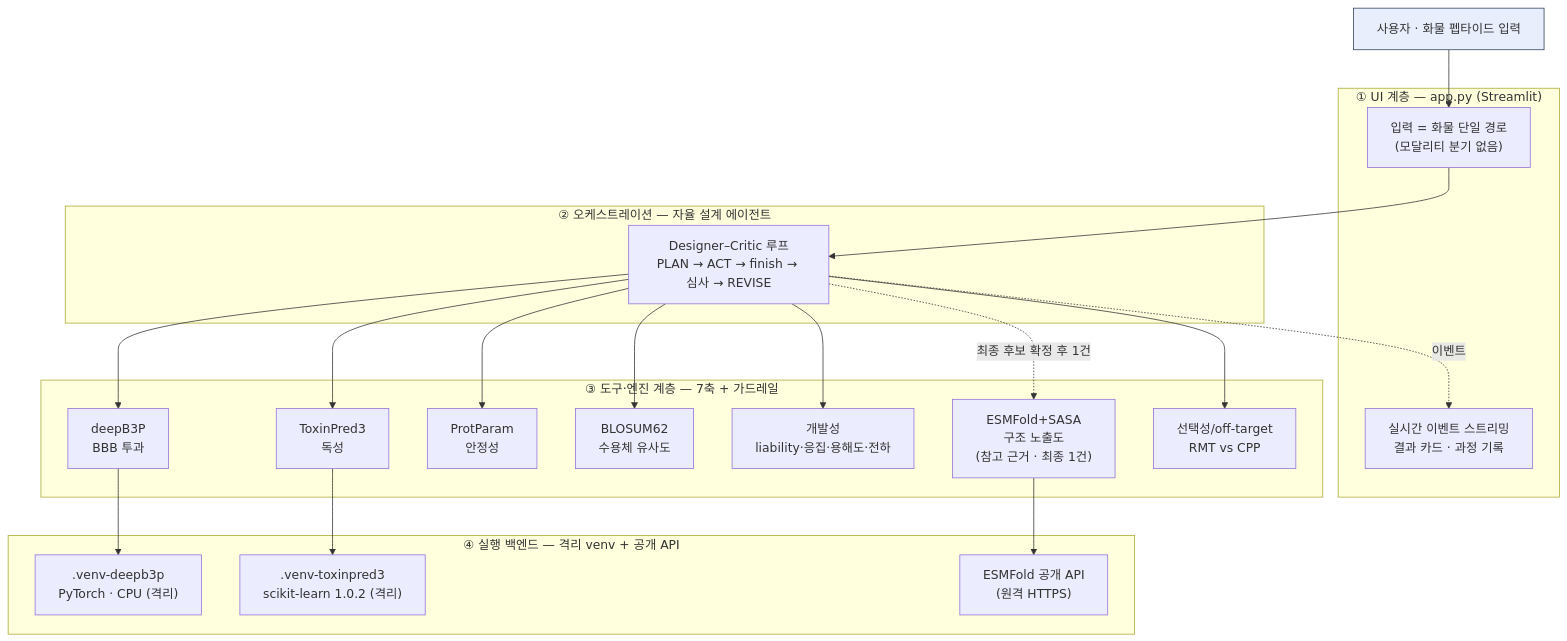
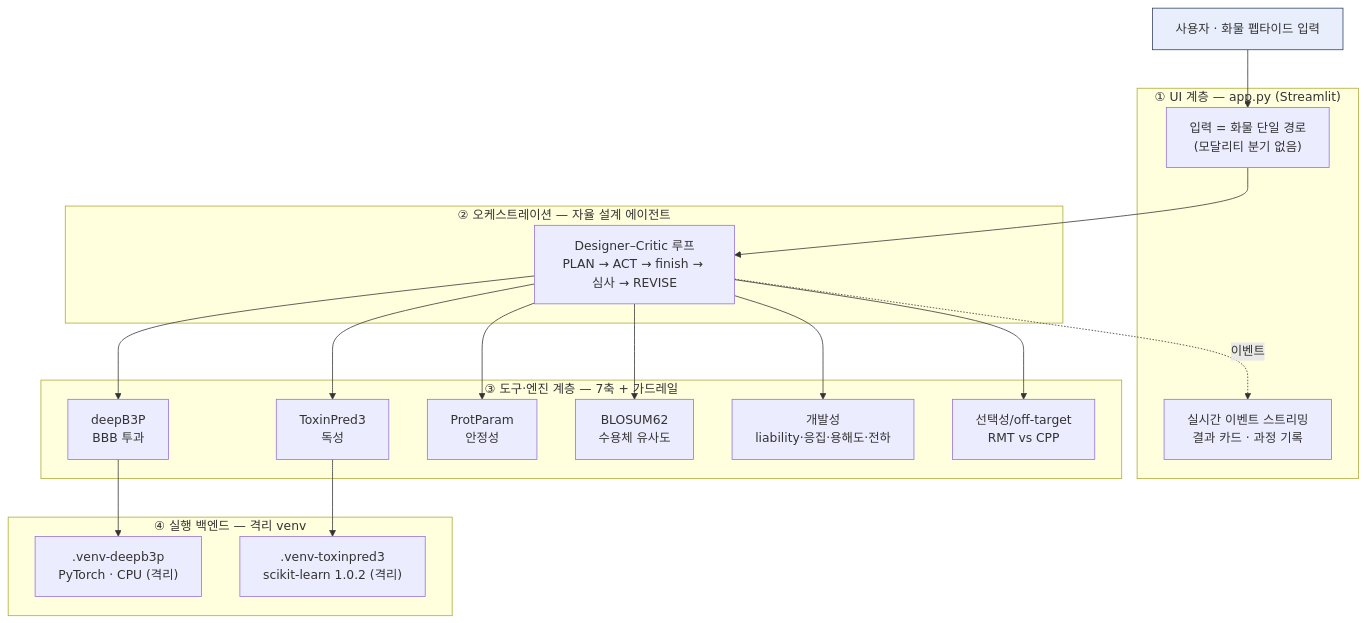
One commit to yunseul6028/BBB-Optimizer changed the second of 10 diagrams in 아키텍처.md. Above: the diagram before and after it, drawn with Mermaid. The commit also changed other lines of this file and 10 other files, not shown here.

````diff
--- a/아키텍처.md
+++ b/아키텍처.md
@@ -80,40 +79,36 @@
 ```mermaid
 flowchart TB
   U["사용자 · 화물 펩타이드 입력"]:::user
 
   subgraph L1["① UI 계층 — app.py (Streamlit)"]
     UI["입력 = 화물 단일 경로<br/>(모달리티 분기 없음)"]
     STREAM["실시간 이벤트 스트리밍<br/>결과 카드 · 과정 기록"]
   end
 
   subgraph L2["② 오케스트레이션 — 자율 설계 에이전트"]
     AG["Designer–Critic 루프<br/>PLAN → ACT → finish → 심사 → REVISE"]
   end
 
   subgraph L3["③ 도구·엔진 계층 — 7축 + 가드레일"]
     E1["deepB3P<br/>BBB 투과"]
     E2["ToxinPred3<br/>독성"]
     E3["ProtParam<br/>안정성"]
     E4["BLOSUM62<br/>수용체 유사도"]
     E5["개발성<br/>liability·응집·용해도·전하"]
-    E6["ESMFold+SASA<br/>구조 노출도<br/>(참고 근거 · 최종 1건)"]
     E7["선택성/off-target<br/>RMT vs CPP"]
   end
 
-  subgraph L4["④ 실행 백엔드 — 격리 venv + 공개 API"]
+  subgraph L4["④ 실행 백엔드 — 격리 venv"]
     V1[".venv-deepb3p<br/>PyTorch · CPU (격리)"]
     V2[".venv-toxinpred3<br/>scikit-learn 1.0.2 (격리)"]
-    ESM["ESMFold 공개 API<br/>(원격 HTTPS)"]
   end
 
   U --> UI
   UI --> AG
   AG -.->|이벤트| STREAM
   AG --> E1 & E2 & E3 & E4 & E5 & E7
-  AG -.->|"최종 후보 확정 후 1건"| E6
   E1 --> V1
   E2 --> V2
-  E6 --> ESM
 
   classDef user fill:#e8eefc,stroke:#30405c;
 ```
````
